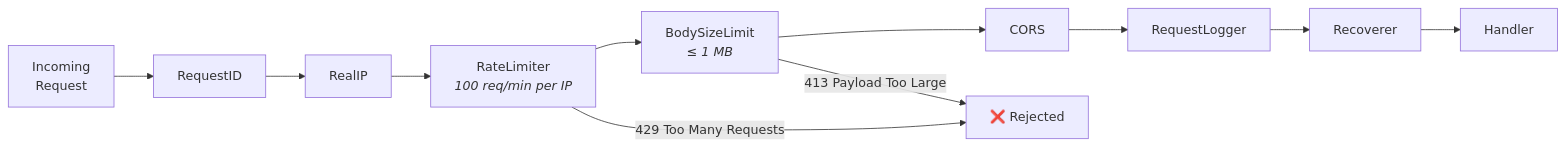
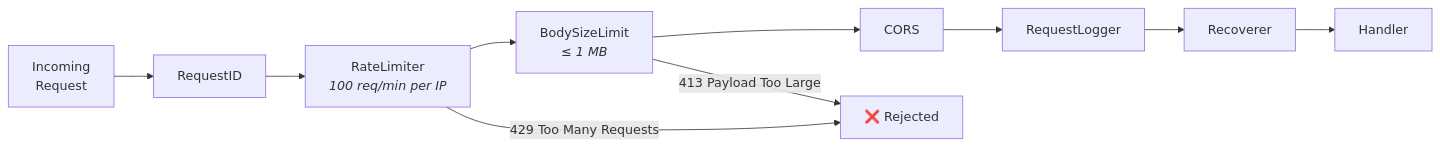
The sixth of 6 diagrams in README.md (sulthonzh/subscription-reconciler), drawn with Mermaid before and after one commit. The commit also changed other lines of this file and 24 other files, not shown here.

````diff
--- a/README.md
+++ b/README.md
@@ -667,14 +667,13 @@
 ```mermaid
 flowchart LR
     REQ["Incoming<br/>Request"] --> RID["RequestID"]
-    RID --> RIP["RealIP"]
-    RIP --> RL["RateLimiter<br/><i>100 req/min per IP</i>"]
+    RID --> RL["RateLimiter<br/><i>100 req/min per IP</i>"]
     RL --> BSL["BodySizeLimit<br/><i>≤ 1 MB</i>"]
     BSL --> CORS["CORS"]
     CORS --> LOG["RequestLogger"]
     LOG --> REC["Recoverer"]
     REC --> HANDLER["Handler"]
 
     RL --> |"429 Too Many Requests"| REJECT["❌ Rejected"]
     BSL --> |"413 Payload Too Large"| REJECT
 ```
````
